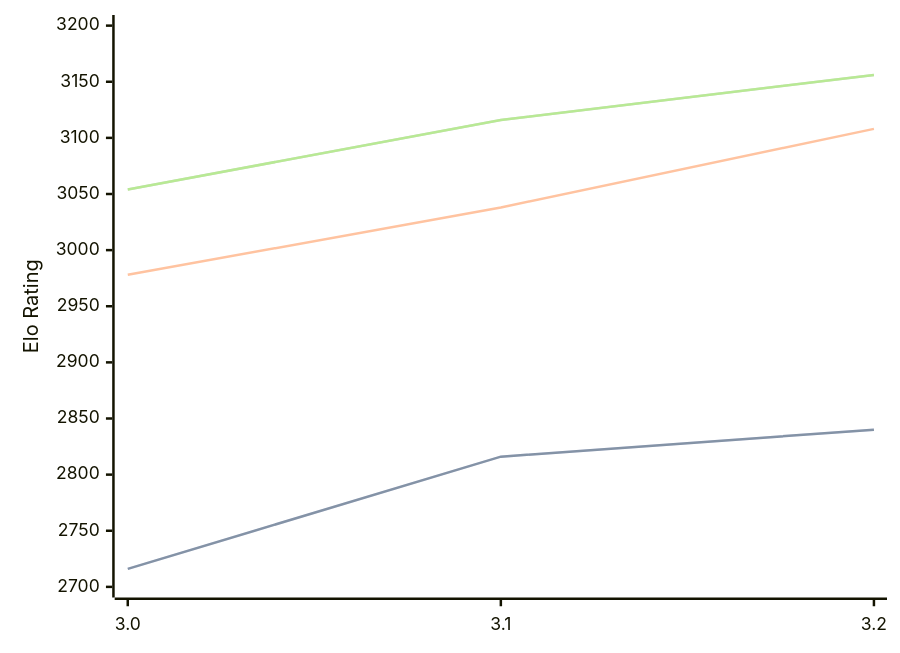
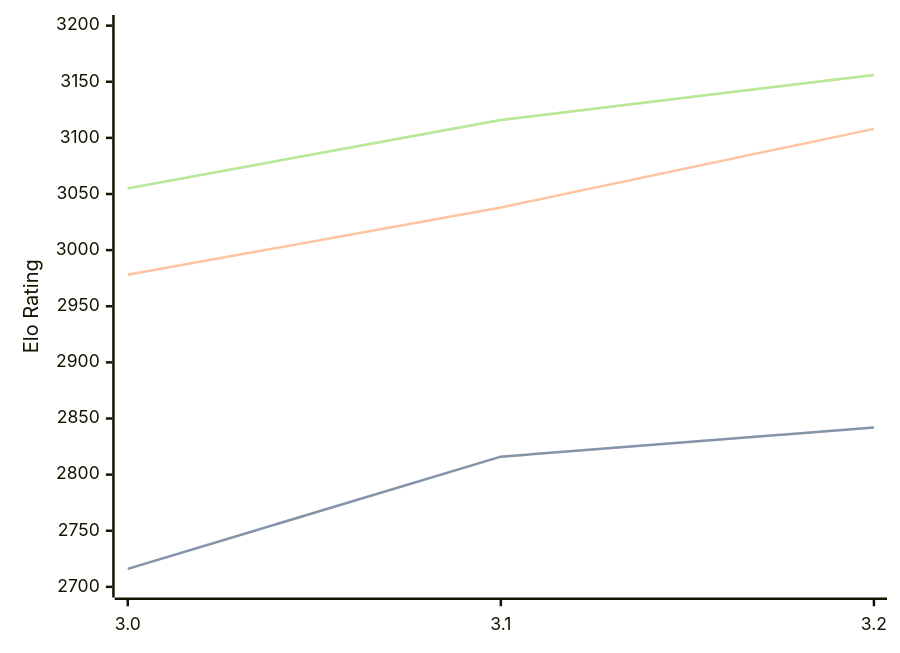
One commit to computer-chess-index/cci changed the third of 3 diagrams in engines/Vajolet2.md. Above: the diagram before and after it, drawn with Mermaid. The commit also changed other lines of this file, not shown here.

Commit message:
Update CCI Ratings (ELO VLTC) - 2026-07-17

````diff
--- a/engines/Vajolet2.md
+++ b/engines/Vajolet2.md
@@ -74,11 +74,11 @@
 ```mermaid
 %%{init: {"theme":"base","themeVariables":{"seriesColors:['#a3a3a3','#222221','#faa371']}}}%%
 xychart-beta
   x-axis ["3.0", "3.1", "3.2"]
   y-axis "Elo Rating" 2700 --> 3200
-  line "STC (8.0+0.08s)" [2716, 2816, 2840]
-  line "STC (8.0+0.08s)" [2716, 2816, 2840]
+  line "STC (8.0+0.08s)" [2716, 2816, 2842]
+  line "STC (8.0+0.08s)" [2716, 2816, 2842]
   line "LTC (60.0+0.60s)" [2978, 3038, 3108]
-  line "VLTC (2m24s+1.12s)" [3054, 3116, 3156]
-  line "VLTC (2m24s+1.12s)" [3054, 3116, 3156]
+  line "VLTC (2m24s+1.12s)" [3055, 3116, 3156]
+  line "VLTC (2m24s+1.12s)" [3055, 3116, 3156]
 ```
````
